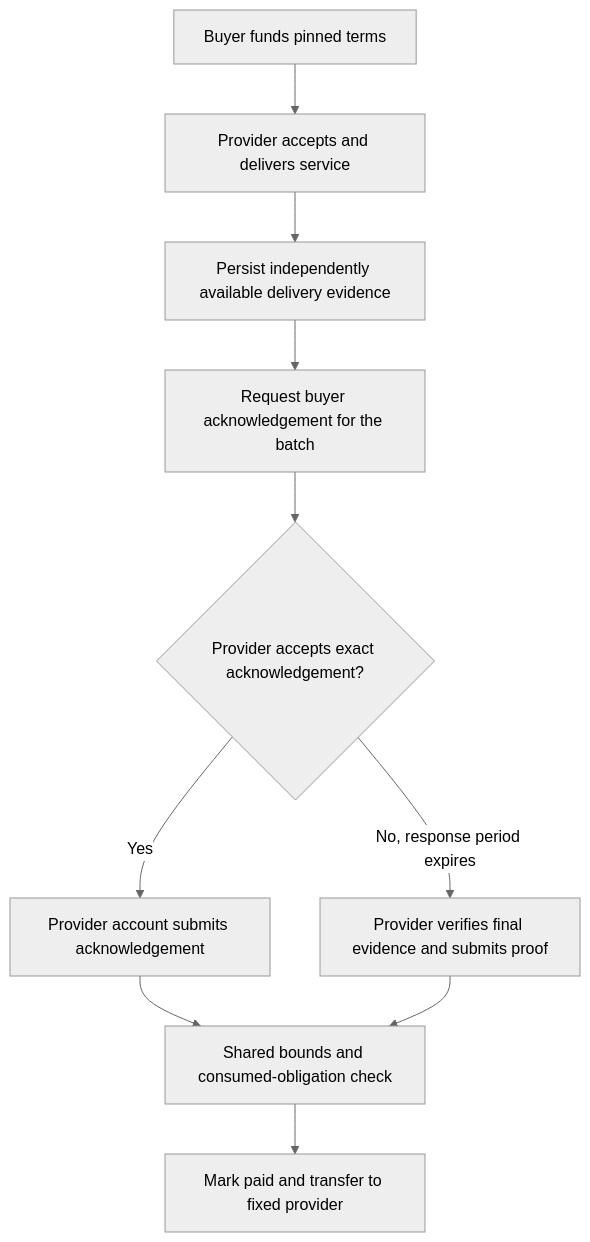
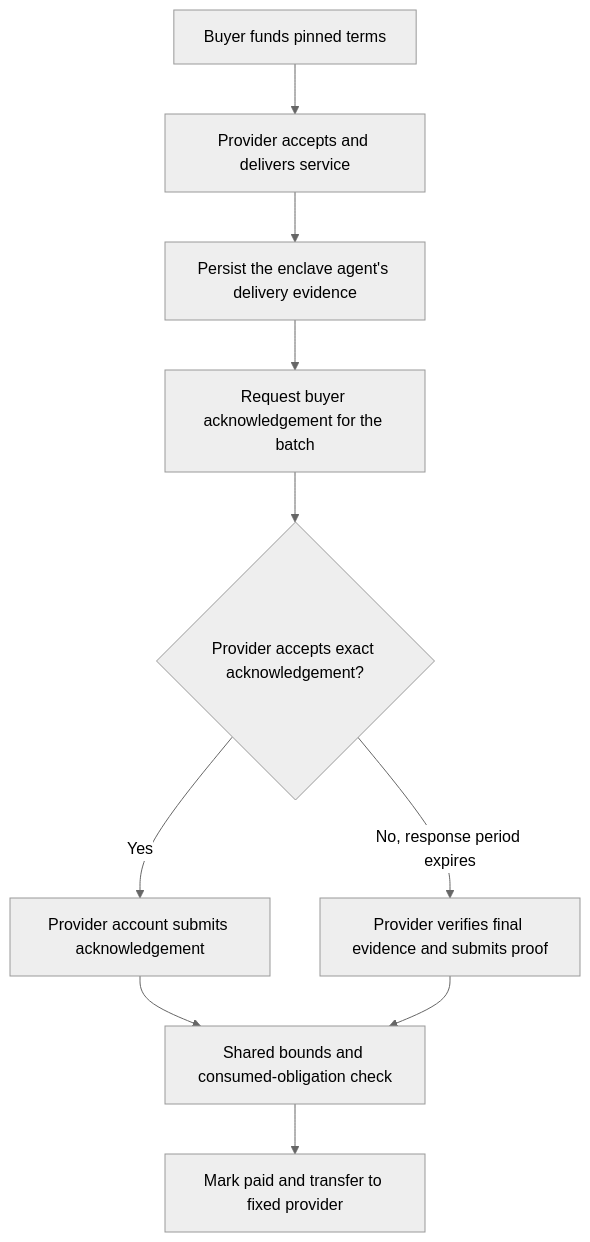
Before and after one commit to mnemonik-xyz/policy-execution: the diagram in docs/handoff/05-rent-dispute-mechanism.md, drawn with Mermaid (neutral theme). The commit also changed other lines of this file and 4 other files, not shown here.

First line of the commit message:
docs: rent dispute mechanism ruled — acknowledgement pays; proof path only with the enclave agent (pocc decision 49)

````diff
--- a/docs/handoff/05-rent-dispute-mechanism.md
+++ b/docs/handoff/05-rent-dispute-mechanism.md
@@ -114,12 +134,12 @@
 ```mermaid
 flowchart TD
     A[Buyer funds pinned terms] --> B[Provider accepts and delivers service]
-    B --> C[Persist independently available delivery evidence]
+    B --> C[Persist the enclave agent's delivery evidence]
     C --> D[Request buyer acknowledgement for the batch]
     D --> E{Provider accepts exact acknowledgement?}
     E -->|Yes| F[Provider account submits acknowledgement]
     E -->|No, response period expires| G[Provider verifies final evidence and submits proof]
     F --> H[Shared bounds and consumed-obligation check]
     G --> H
     H --> I[Mark paid and transfer to fixed provider]
 ```
````
